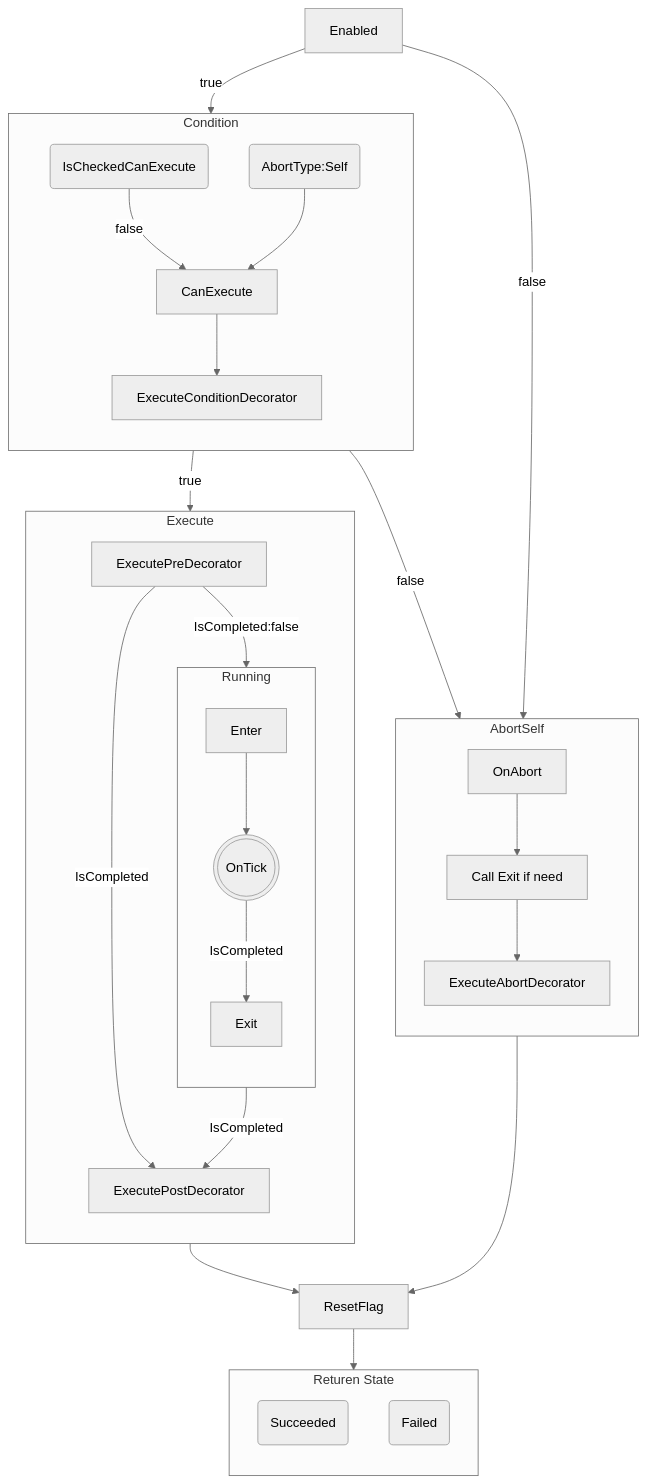
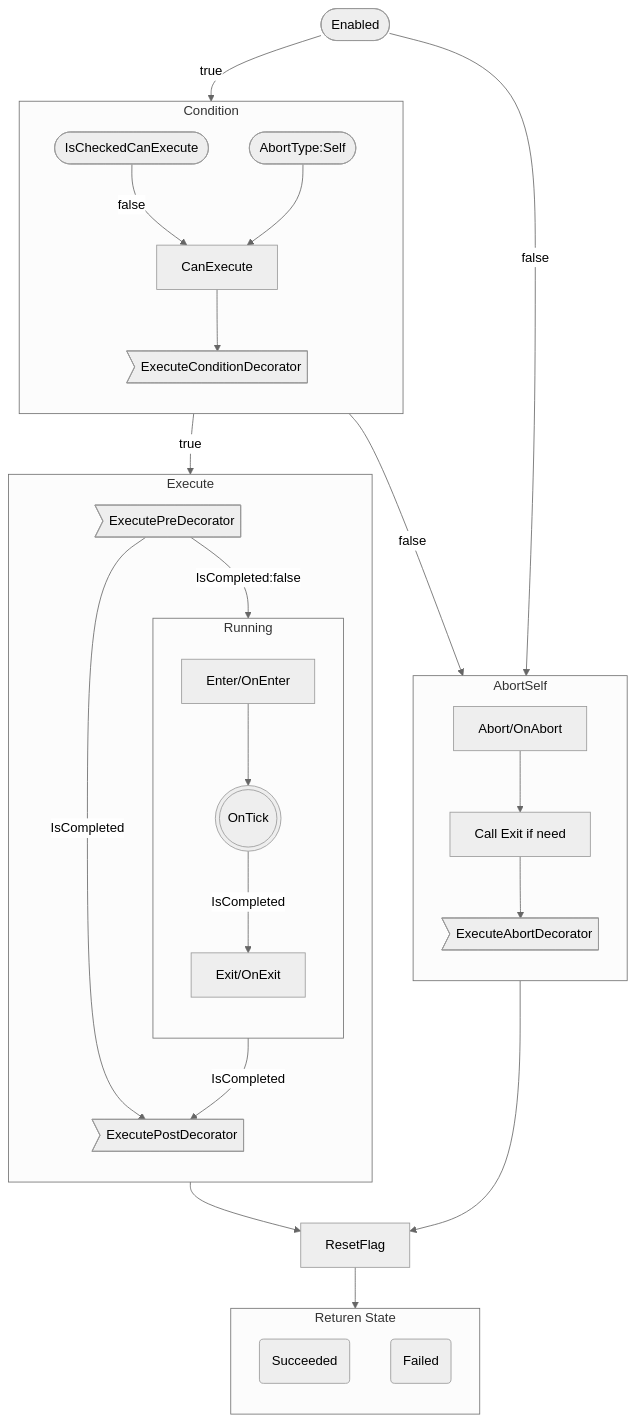
Before and after one commit to 0x3f3f3f3f/Megumin.GameFramework.AI: the second of 2 diagrams in UnityAI/Packages/com.megumin.ai/Runtime/BehaviorTree/README.md, drawn with Mermaid (neutral theme). The commit also changed other lines of this file, not shown here.

Commit message:
修改Tick代码图

````diff
--- a/UnityAI/Packages/com.megumin.ai/Runtime/BehaviorTree/README.md
+++ b/UnityAI/Packages/com.megumin.ai/Runtime/BehaviorTree/README.md
@@ -68,43 +69,47 @@
 ```mermaid
 graph TB
 
 subgraph Return [Returen State]
 direction TB
     rs(Succeeded)
     rf(Failed)
 end
 
-subgraph Condi [Condition]
+subgraph Condition [Condition]
 direction TB
-    a(IsCheckedCanExecute) --> |false|CanExecute
-    b(AbortType:Self) --> CanExecute --> ExecuteConditionDecorator
+    ecd>ExecuteConditionDecorator]
+    a([IsCheckedCanExecute]) --> |false|CanExecute
+    b([AbortType:Self]) --> CanExecute --> ecd
 end
 
 subgraph Execute
 direction TB
-    ExecutePreDecorator --> |IsCompleted:false| Running --> |IsCompleted| ExecutePostDecorator
-    ExecutePreDecorator --> |IsCompleted| ExecutePostDecorator
+    epred>ExecutePreDecorator]
+    epostd>ExecutePostDecorator]
+    epred --> |IsCompleted:false| Running --> |IsCompleted| epostd
+    epred --> |IsCompleted| epostd
 end
 
 subgraph Running
 direction TB
-    Enter --> OnTick(((OnTick)))
-    OnTick --> |IsCompleted| Exit
+    Enter/OnEnter --> OnTick(((OnTick)))
+    OnTick --> |IsCompleted| Exit/OnExit
 end
 
 subgraph AbortSelf
 direction TB
-    OnAbort --> callExit[Call Exit if need] --> ExecuteAbortDecorator
+    ead>ExecuteAbortDecorator]
+    Abort/OnAbort --> callExit[Call Exit if need] --> ead
 end
 
-Enabled --> |true| Condi
-Condi --> |true| Execute
+e([Enabled])
+e --> |true| Condition
+Condition --> |true| Execute
 Execute --> ResetFlag
 
-Enabled --> |false| AbortSelf
-Condi --> |false| AbortSelf
+e --> |false| AbortSelf
+Condition --> |false| AbortSelf
 AbortSelf --> ResetFlag
 
 ResetFlag --> Return
-
 ```
````
